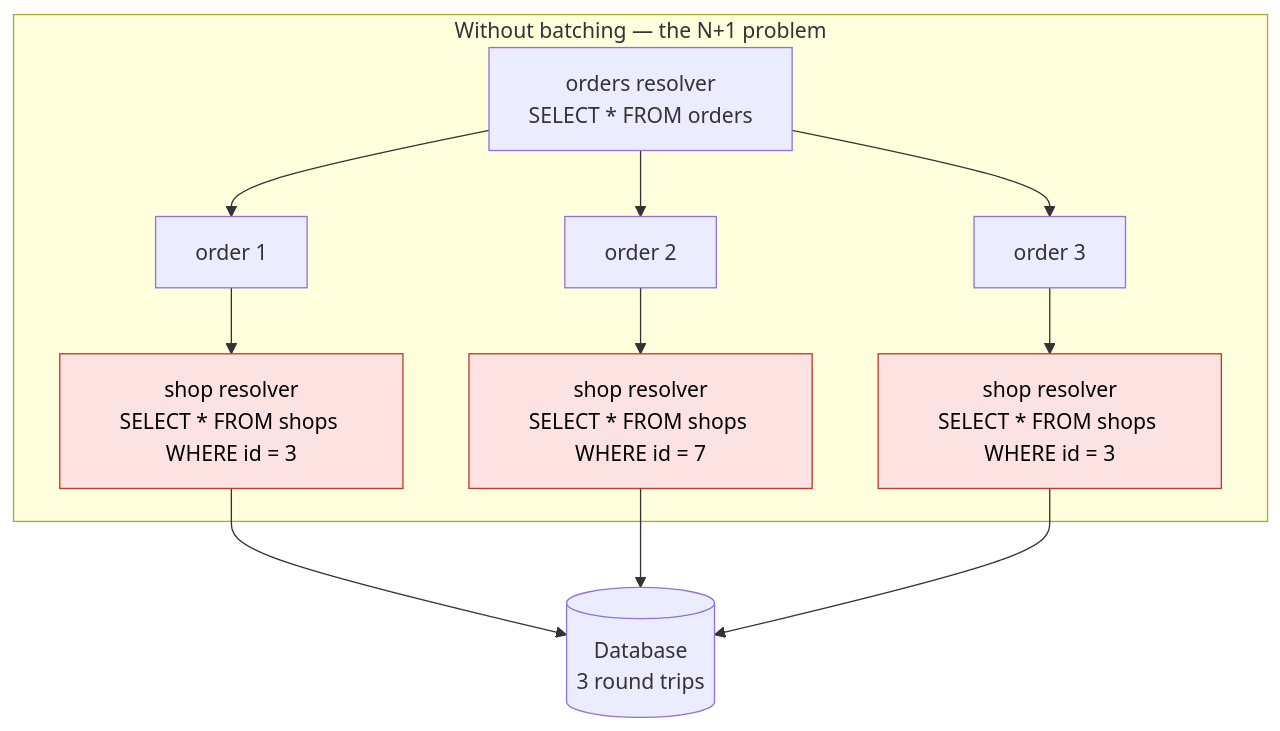
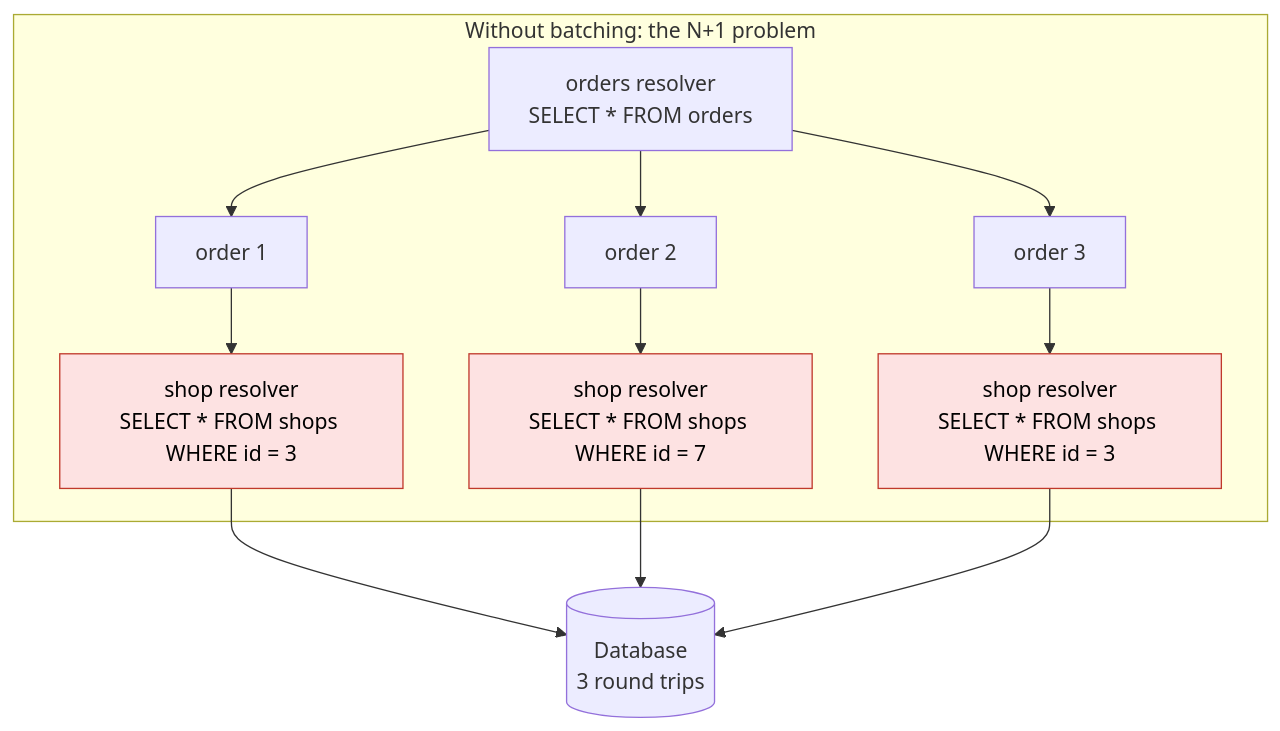
The second of 4 diagrams in learn/backend-api/05-resolvers-and-the-n-1-problem.md (starjustice/research-material), drawn with Mermaid before and after one commit. The commit also changed other lines of this file, not shown here.

````diff
--- a/learn/backend-api/05-resolvers-and-the-n-1-problem.md
+++ b/learn/backend-api/05-resolvers-and-the-n-1-problem.md
@@ -49,16 +49,16 @@
 ```mermaid
 graph TB
-    subgraph W["Without batching — the N+1 problem"]
+    subgraph W["Without batching: the N+1 problem"]
         A["orders resolver<br/>SELECT * FROM orders"] --> B["order 1"]
         A --> C["order 2"]
         A --> D["order 3"]
         B --> S1["shop resolver<br/>SELECT * FROM shops WHERE id = 3"]
         C --> S2["shop resolver<br/>SELECT * FROM shops WHERE id = 7"]
         D --> S3["shop resolver<br/>SELECT * FROM shops WHERE id = 3"]
     end
     S1 --> DB[("Database<br/>3 round trips")]
     S2 --> DB
     S3 --> DB
     classDef bad fill:#fde2e2,stroke:#c0392b,color:#000
     class S1,S2,S3 bad
 ```
````
